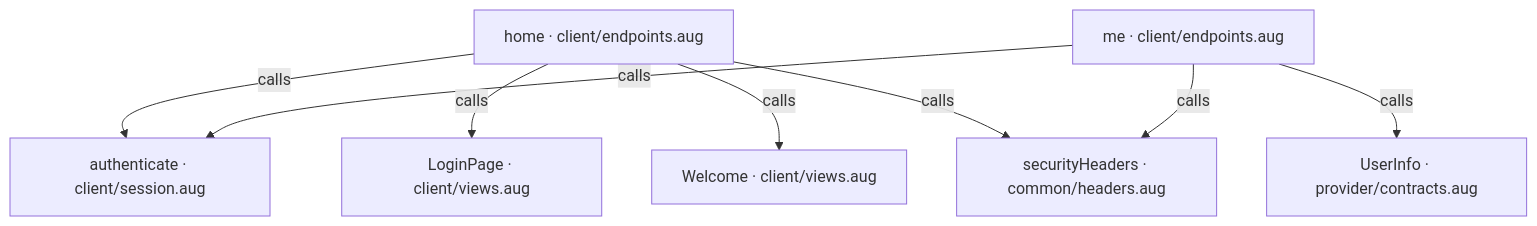
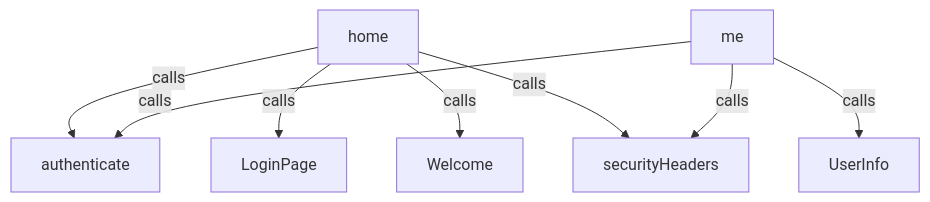
The second of 4 diagrams in docs/examples/oidc-login/client/endpoints-diagrams.md (GreenPandaStudios/augscript), drawn with Mermaid before and after one commit. The commit also changed other lines of this file and 524 other files, not shown here.

Commit message:
Explain checked data flow at folder and service levels

````diff
--- a/docs/examples/oidc-login/client/endpoints-diagrams.md
+++ b/docs/examples/oidc-login/client/endpoints-diagrams.md
@@ -51,17 +49,17 @@
 ```mermaid
 flowchart TD
-    n0["home · client/endpoints.aug"]
-    n1["me · client/endpoints.aug"]
-    n2["authenticate · client/session.aug"]
-    n3["LoginPage · client/views.aug"]
-    n4["Welcome · client/views.aug"]
-    n5["securityHeaders · common/headers.aug"]
-    n6["UserInfo · provider/contracts.aug"]
+    n0["home"]
+    n1["me"]
+    n2["authenticate"]
+    n3["LoginPage"]
+    n4["Welcome"]
+    n5["securityHeaders"]
+    n6["UserInfo"]
     n0 -->|"calls"| n2
     n0 -->|"calls"| n3
     n0 -->|"calls"| n4
     n0 -->|"calls"| n5
     n1 -->|"calls"| n2
     n1 -->|"calls"| n5
     n1 -->|"calls"| n6
 ```
````
